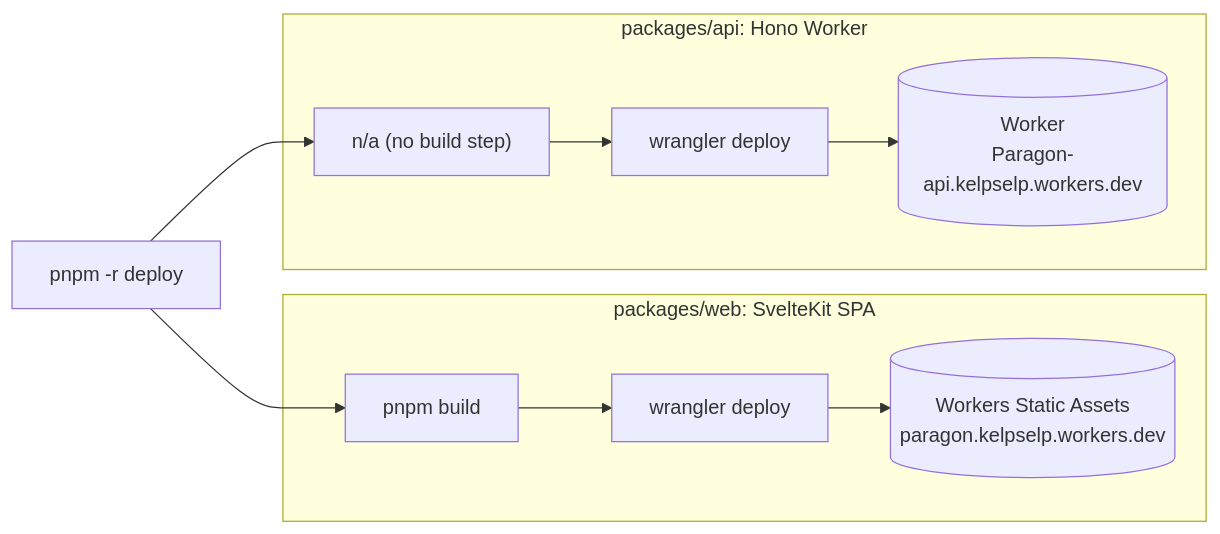
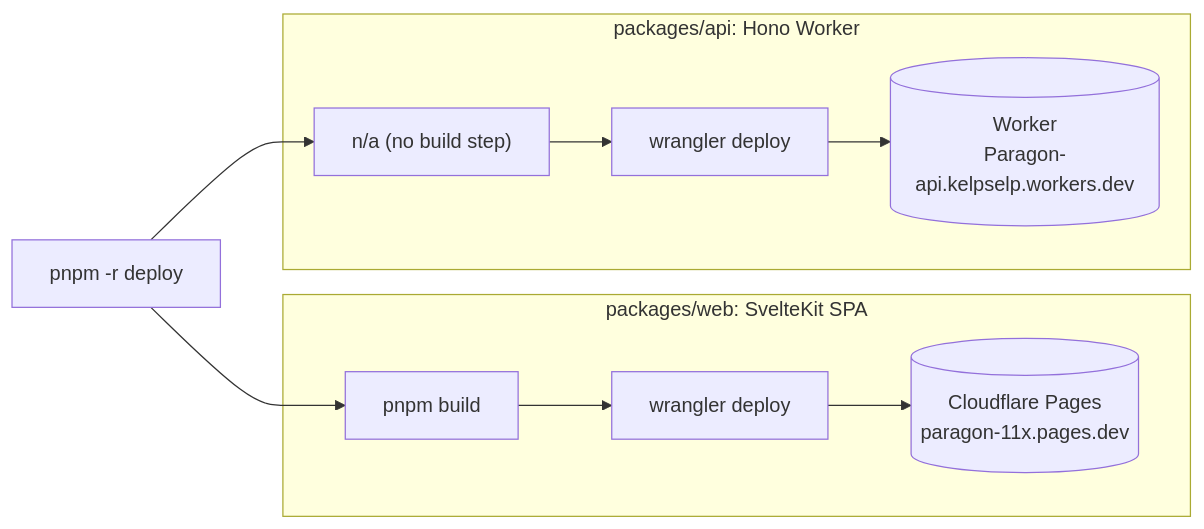
One commit to Zyxavy/Paragon changed the third of 21 diagrams in docs/system-design.md. Above: the diagram before and after it, drawn with Mermaid. The commit also changed other lines of this file and 6 other files, not shown here.

Commit message:
docs: update references from Workers to Pages domain

````diff
--- a/docs/system-design.md
+++ b/docs/system-design.md
@@ -149,17 +149,17 @@
 ```mermaid
 flowchart LR
     subgraph Web["packages/web: SvelteKit SPA"]
         WBuild["pnpm build"]
         WDeploy["wrangler deploy"]
-        WS[("Workers Static Assets<br/>paragon.kelpselp.workers.dev")]
+        WS[("Cloudflare Pages<br/>paragon-11x.pages.dev")]
     end
 
     subgraph API["packages/api: Hono Worker"]
         ABuild["n/a (no build step)"]
         ADeploy["wrangler deploy"]
         AS[("Worker<br/>Paragon-api.kelpselp.workers.dev")]
     end
 
     Root["pnpm -r deploy"] --> WBuild --> WDeploy --> WS
     Root --> ABuild --> ADeploy --> AS
 ```
````
